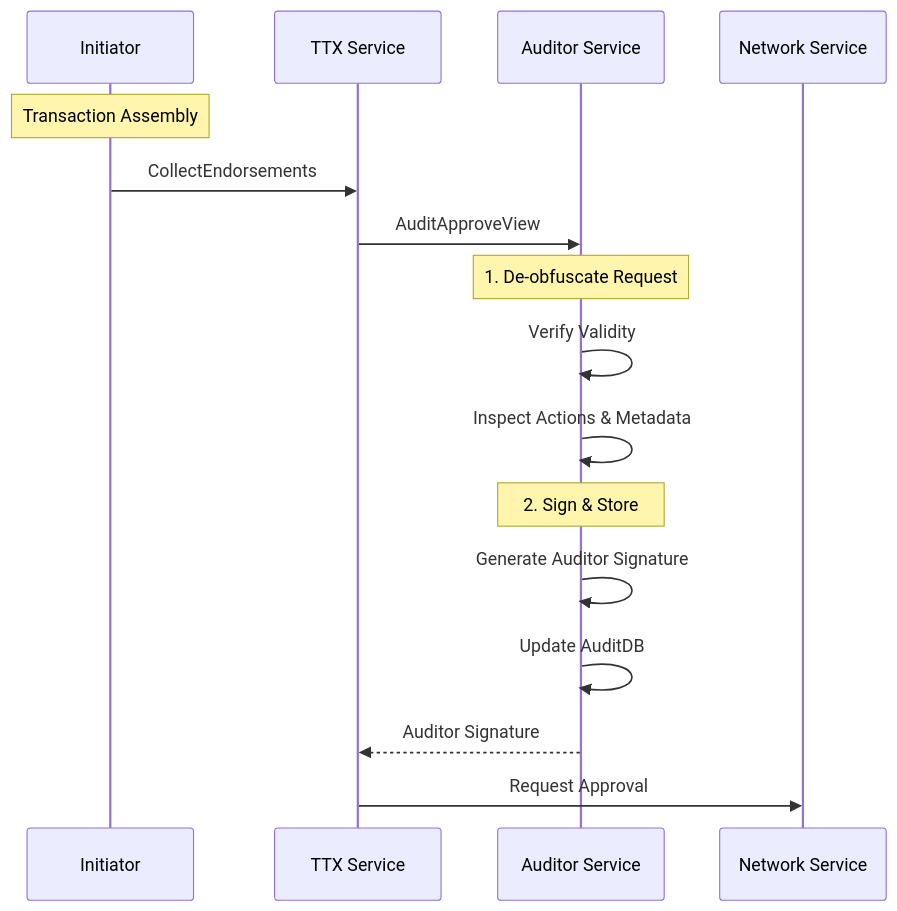
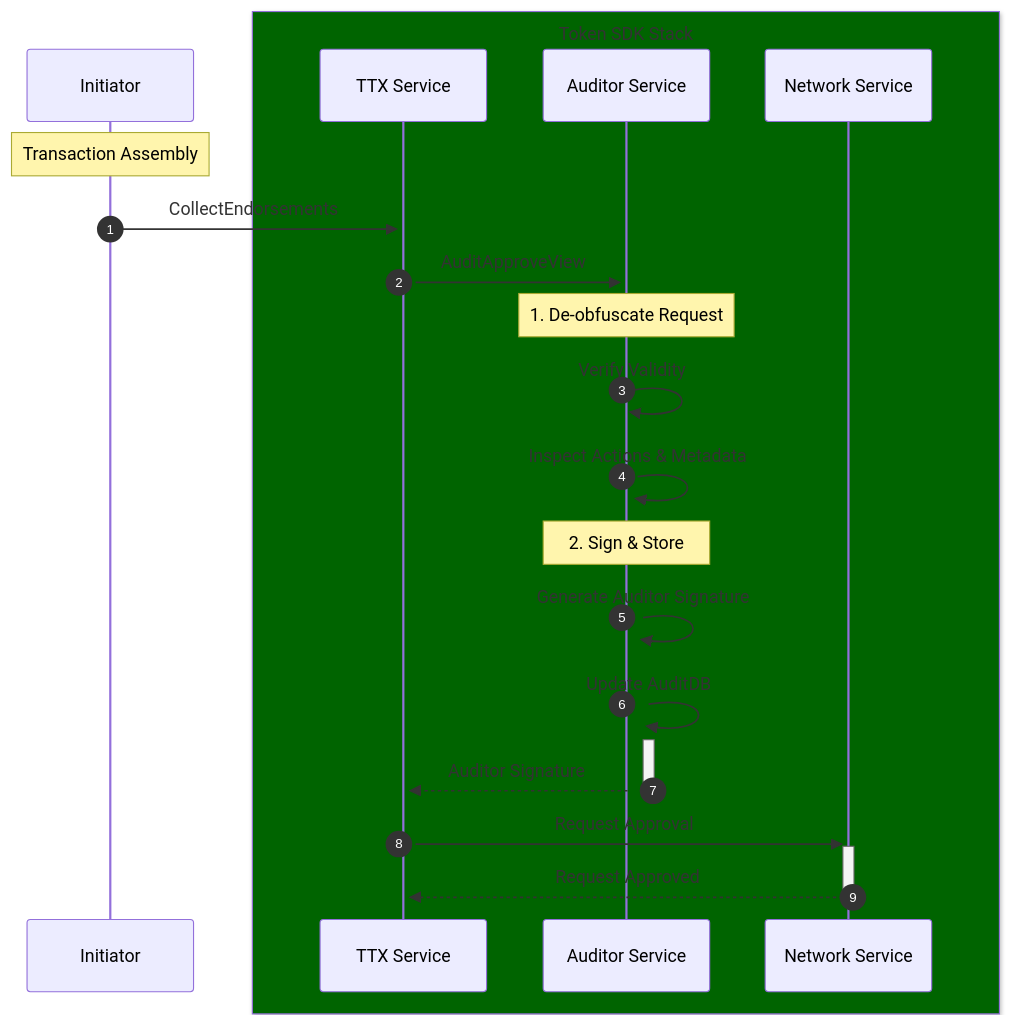
One commit to hyperledger-labs/fabric-token-sdk changed the diagram in docs/services/auditor.md. Above: the diagram before and after it, drawn with Mermaid. The commit also changed 5 other files, not shown here.

````diff
--- a/docs/services/auditor.md
+++ b/docs/services/auditor.md
@@ -18,22 +18,30 @@
 ```mermaid
 sequenceDiagram
+    autonumber
     participant Initiator
     participant TTX as TTX Service
     participant Auditor as Auditor Service
     participant Network as Network Service
 
+    box darkgreen Token SDK Stack
+        participant TTX
+        participant Auditor
+        participant Network
+    end
+
     Note over Initiator: Transaction Assembly
-    Initiator->>TTX: CollectEndorsements
-    TTX->>Auditor: AuditApproveView
-    
+    Initiator->>+TTX: CollectEndorsements
+    TTX->>+Auditor: AuditApproveView
+
     Note over Auditor: 1. De-obfuscate Request
-    Auditor->>Auditor: Verify Validity
-    Auditor->>Auditor: Inspect Actions & Metadata
-    
+    Auditor->>+Auditor: Verify Validity
+    Auditor->>+Auditor: Inspect Actions & Metadata
+
     Note over Auditor: 2. Sign & Store
-    Auditor->>Auditor: Generate Auditor Signature
-    Auditor->>Auditor: Update AuditDB
-    
-    Auditor-->>TTX: Auditor Signature
-    TTX->>Network: Request Approval
+    Auditor->>+Auditor: Generate Auditor Signature
+    Auditor->>+Auditor: Update AuditDB
+
+    Auditor-->>-TTX: Auditor Signature
+    TTX->>+Network: Request Approval
+    Network-->>-TTX: Request Approved
 ```
````
